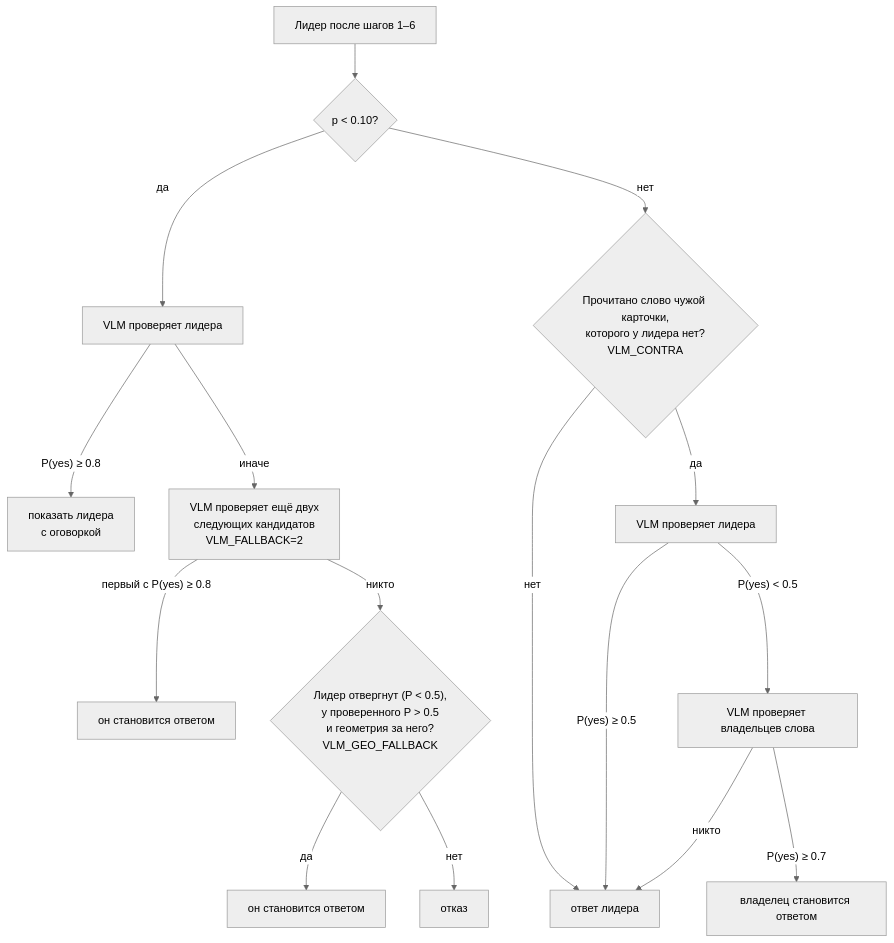
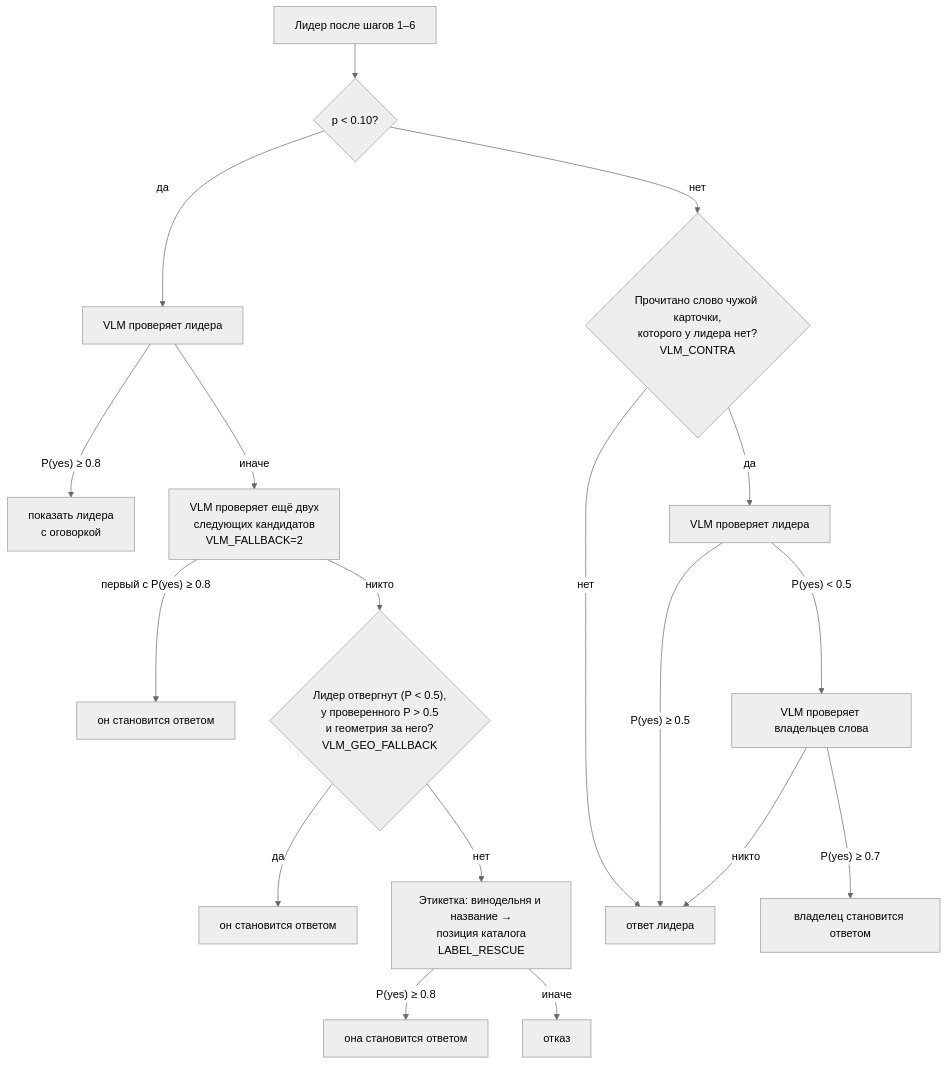
Before and after one commit to AlexGvr/rus_vines: the third of 5 diagrams in ARCHITECTURE.md, drawn with Mermaid (neutral theme). The commit also changed other lines of this file and 15 other files, not shown here.

````diff
--- a/ARCHITECTURE.md
+++ b/ARCHITECTURE.md
@@ -132,18 +138,20 @@
 ```mermaid
 flowchart TD
     start["Лидер после шагов 1–6"] --> q1{"p < 0.10?"}
     q1 -->|да| v1["VLM проверяет лидера"]
     v1 -->|"P(yes) ≥ 0.8"| show["показать лидера<br/>с оговоркой"]
     v1 -->|иначе| fb["VLM проверяет ещё двух<br/>следующих кандидатов<br/>VLM_FALLBACK=2"]
     fb -->|"первый с P(yes) ≥ 0.8"| sw1["он становится ответом"]
     fb -->|никто| geo{"Лидер отвергнут (P < 0.5),<br/>у проверенного P > 0.5<br/>и геометрия за него?<br/>VLM_GEO_FALLBACK"}
     geo -->|да| sw3["он становится ответом"]
-    geo -->|нет| abst["отказ"]
+    geo -->|нет| lr["Этикетка: винодельня и название →<br/>позиция каталога<br/>LABEL_RESCUE"]
+    lr -->|"P(yes) ≥ 0.8"| sw4["она становится ответом"]
+    lr -->|иначе| abst["отказ"]
     q1 -->|нет| q2{"Прочитано слово чужой карточки,<br/>которого у лидера нет?<br/>VLM_CONTRA"}
     q2 -->|нет| keep["ответ лидера"]
     q2 -->|да| v2["VLM проверяет лидера"]
     v2 -->|"P(yes) ≥ 0.5"| keep
     v2 -->|"P(yes) < 0.5"| own["VLM проверяет владельцев слова"]
     own -->|"P(yes) ≥ 0.7"| sw2["владелец становится ответом"]
     own -->|никто| keep
 ```
````
